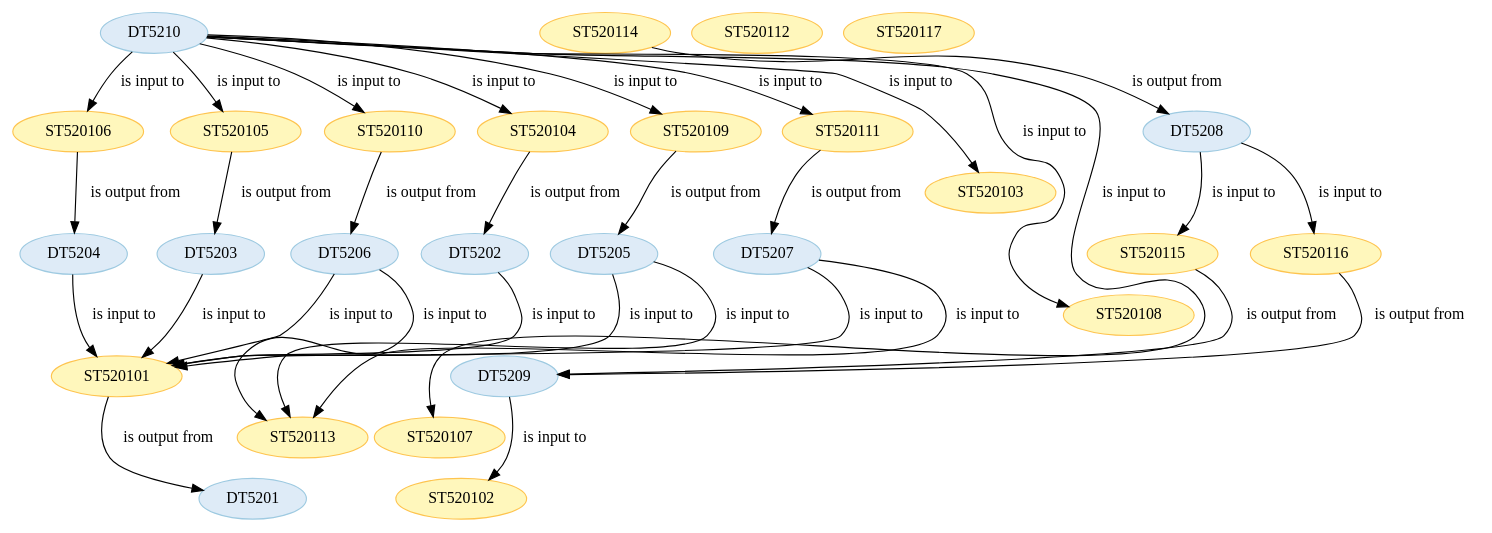
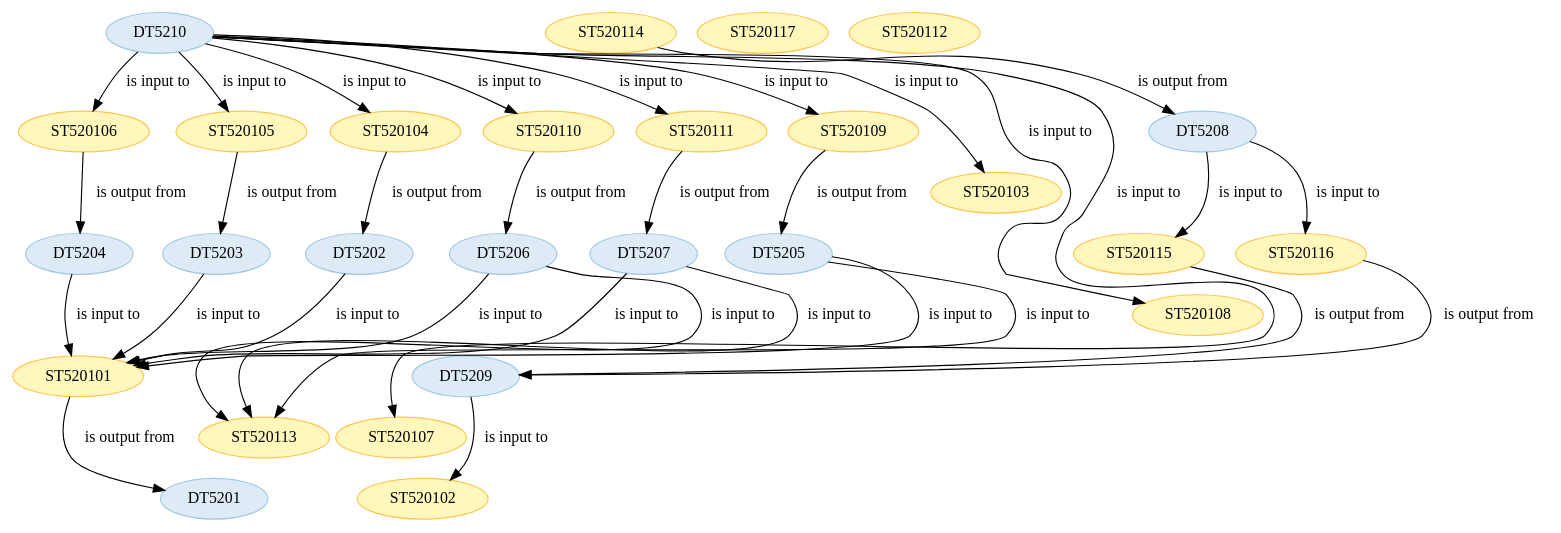
One commit to Marco-Salvi/cwl-test changed the diagram in wf5201/steps.dot. Above: the diagram before and after it, drawn with Graphviz. The commit also changed other lines of this file and 24 other files, not shown here.

```diff
--- a/wf5201/steps.dot
+++ b/wf5201/steps.dot
@@ -1,120 +1,120 @@
 strict digraph {
 
+
+	"DT5202" [ color="2", colorscheme="blues3", fillcolor="1", style="filled",  weight=0 ];
+
+	"DT5202" -> "ST520101" [ label="is input to", labeltooltip="DT5202 - is input to - ST520101",  weight=0 ];
+
+	"ST520110" [ color="2", colorscheme="ylorbr3", fillcolor="1", style="filled",  weight=0 ];
+
+	"ST520110" -> "DT5206" [ label="is output from", labeltooltip="DT5206 - is output from - ST520110",  weight=0 ];
+
+	"ST520103" [ color="2", colorscheme="ylorbr3", fillcolor="1", style="filled",  weight=0 ];
+
+	"ST520108" [ color="2", colorscheme="ylorbr3", fillcolor="1", style="filled",  weight=0 ];
+
+	"DT5201" [ color="2", colorscheme="blues3", fillcolor="1", style="filled",  weight=0 ];
+
+	"ST520114" [ color="2", colorscheme="ylorbr3", fillcolor="1", style="filled",  weight=0 ];
+
+	"ST520114" -> "DT5208" [ label="is output from", labeltooltip="DT5208 - is output from - ST520114",  weight=0 ];
+
+	"ST520102" [ color="2", colorscheme="ylorbr3", fillcolor="1", style="filled",  weight=0 ];
+
+	"ST520106" [ color="2", colorscheme="ylorbr3", fillcolor="1", style="filled",  weight=0 ];
+
+	"ST520106" -> "DT5204" [ label="is output from", labeltooltip="DT5204 - is output from - ST520106",  weight=0 ];
+
+	"DT5203" [ color="2", colorscheme="blues3", fillcolor="1", style="filled",  weight=0 ];
+
+	"DT5203" -> "ST520101" [ label="is input to", labeltooltip="DT5203 - is input to - ST520101",  weight=0 ];
+
+	"DT5207" [ color="2", colorscheme="blues3", fillcolor="1", style="filled",  weight=0 ];
+
+	"DT5207" -> "ST520101" [ label="is input to", labeltooltip="DT5207 - is input to - ST520101",  weight=0 ];
+
+	"DT5207" -> "ST520113" [ label="is input to", labeltooltip="DT5207 - is input to - ST520113",  weight=0 ];
+
+	"ST520104" [ color="2", colorscheme="ylorbr3", fillcolor="1", style="filled",  weight=0 ];
+
+	"ST520104" -> "DT5202" [ label="is output from", labeltooltip="DT5202 - is output from - ST520104",  weight=0 ];
+
+	"ST520115" [ color="2", colorscheme="ylorbr3", fillcolor="1", style="filled",  weight=0 ];
+
+	"ST520115" -> "DT5209" [ label="is output from", labeltooltip="DT5209 - is output from - ST520115",  weight=0 ];
+
+	"ST520101" [ color="2", colorscheme="ylorbr3", fillcolor="1", style="filled",  weight=0 ];
+
+	"ST520101" -> "DT5201" [ label="is output from", labeltooltip="DT5201 - is output from - ST520101",  weight=0 ];
+
+	"DT5209" [ color="2", colorscheme="blues3", fillcolor="1", style="filled",  weight=0 ];
+
+	"DT5209" -> "ST520102" [ label="is input to", labeltooltip="DT5209 - is input to - ST520102",  weight=0 ];
+
+	"DT5205" [ color="2", colorscheme="blues3", fillcolor="1", style="filled",  weight=0 ];
+
+	"DT5205" -> "ST520101" [ label="is input to", labeltooltip="DT5205 - is input to - ST520101",  weight=0 ];
+
+	"DT5205" -> "ST520113" [ label="is input to", labeltooltip="DT5205 - is input to - ST520113",  weight=0 ];
+
+	"ST520113" [ color="2", colorscheme="ylorbr3", fillcolor="1", style="filled",  weight=0 ];
+
+	"ST520117" [ color="2", colorscheme="ylorbr3", fillcolor="1", style="filled",  weight=0 ];
+
+	"DT5208" [ color="2", colorscheme="blues3", fillcolor="1", style="filled",  weight=0 ];
+
+	"DT5208" -> "ST520115" [ label="is input to", labeltooltip="DT5208 - is input to - ST520115",  weight=0 ];
+
+	"DT5208" -> "ST520116" [ label="is input to", labeltooltip="DT5208 - is input to - ST520116",  weight=0 ];
 
 	"ST520105" [ color="2", colorscheme="ylorbr3", fillcolor="1", style="filled",  weight=0 ];
 
 	"ST520105" -> "DT5203" [ label="is output from", labeltooltip="DT5203 - is output from - ST520105",  weight=0 ];
 
 	"DT5204" [ color="2", colorscheme="blues3", fillcolor="1", style="filled",  weight=0 ];
 
 	"DT5204" -> "ST520101" [ label="is input to", labeltooltip="DT5204 - is input to - ST520101",  weight=0 ];
 
-	"DT5201" [ color="2", colorscheme="blues3", fillcolor="1", style="filled",  weight=0 ];
-
-	"ST520115" [ color="2", colorscheme="ylorbr3", fillcolor="1", style="filled",  weight=0 ];
-
-	"ST520115" -> "DT5209" [ label="is output from", labeltooltip="DT5209 - is output from - ST520115",  weight=0 ];
-
-	"ST520101" [ color="2", colorscheme="ylorbr3", fillcolor="1", style="filled",  weight=0 ];
-
-	"ST520101" -> "DT5201" [ label="is output from", labeltooltip="DT5201 - is output from - ST520101",  weight=0 ];
-
-	"DT5207" [ color="2", colorscheme="blues3", fillcolor="1", style="filled",  weight=0 ];
-
-	"DT5207" -> "ST520101" [ label="is input to", labeltooltip="DT5207 - is input to - ST520101",  weight=0 ];
-
-	"DT5207" -> "ST520113" [ label="is input to", labeltooltip="DT5207 - is input to - ST520113",  weight=0 ];
-
-	"ST520102" [ color="2", colorscheme="ylorbr3", fillcolor="1", style="filled",  weight=0 ];
-
-	"ST520104" [ color="2", colorscheme="ylorbr3", fillcolor="1", style="filled",  weight=0 ];
-
-	"ST520104" -> "DT5202" [ label="is output from", labeltooltip="DT5202 - is output from - ST520104",  weight=0 ];
-
-	"ST520103" [ color="2", colorscheme="ylorbr3", fillcolor="1", style="filled",  weight=0 ];
+	"ST520107" [ color="2", colorscheme="ylorbr3", fillcolor="1", style="filled",  weight=0 ];
 
 	"ST520111" [ color="2", colorscheme="ylorbr3", fillcolor="1", style="filled",  weight=0 ];
 
 	"ST520111" -> "DT5207" [ label="is output from", labeltooltip="DT5207 - is output from - ST520111",  weight=0 ];
 
-	"ST520113" [ color="2", colorscheme="ylorbr3", fillcolor="1", style="filled",  weight=0 ];
+	"ST520116" [ color="2", colorscheme="ylorbr3", fillcolor="1", style="filled",  weight=0 ];
 
-	"DT5203" [ color="2", colorscheme="blues3", fillcolor="1", style="filled",  weight=0 ];
-
-	"DT5203" -> "ST520101" [ label="is input to", labeltooltip="DT5203 - is input to - ST520101",  weight=0 ];
-
-	"ST520114" [ color="2", colorscheme="ylorbr3", fillcolor="1", style="filled",  weight=0 ];
-
-	"ST520114" -> "DT5208" [ label="is output from", labeltooltip="DT5208 - is output from - ST520114",  weight=0 ];
+	"ST520116" -> "DT5209" [ label="is output from", labeltooltip="DT5209 - is output from - ST520116",  weight=0 ];
 
 	"DT5206" [ color="2", colorscheme="blues3", fillcolor="1", style="filled",  weight=0 ];
 
 	"DT5206" -> "ST520101" [ label="is input to", labeltooltip="DT5206 - is input to - ST520101",  weight=0 ];
 
 	"DT5206" -> "ST520113" [ label="is input to", labeltooltip="DT5206 - is input to - ST520113",  weight=0 ];
 
-	"ST520112" [ color="2", colorscheme="ylorbr3", fillcolor="1", style="filled",  weight=0 ];
-
-	"DT5202" [ color="2", colorscheme="blues3", fillcolor="1", style="filled",  weight=0 ];
-
-	"DT5202" -> "ST520101" [ label="is input to", labeltooltip="DT5202 - is input to - ST520101",  weight=0 ];
-
 	"DT5210" [ color="2", colorscheme="blues3", fillcolor="1", style="filled",  weight=0 ];
 
-	"DT5210" -> "ST520105" [ label="is input to", labeltooltip="DT5210 - is input to - ST520105",  weight=0 ];
-
-	"DT5210" -> "ST520106" [ label="is input to", labeltooltip="DT5210 - is input to - ST520106",  weight=0 ];
-
 	"DT5210" -> "ST520108" [ label="is input to", labeltooltip="DT5210 - is input to - ST520108",  weight=0 ];
-
-	"DT5210" -> "ST520103" [ label="is input to", labeltooltip="DT5210 - is input to - ST520103",  weight=0 ];
-
-	"DT5210" -> "ST520109" [ label="is input to", labeltooltip="DT5210 - is input to - ST520109",  weight=0 ];
-
-	"DT5210" -> "ST520111" [ label="is input to", labeltooltip="DT5210 - is input to - ST520111",  weight=0 ];
-
-	"DT5210" -> "ST520107" [ label="is input to", labeltooltip="DT5210 - is input to - ST520107",  weight=0 ];
 
 	"DT5210" -> "ST520110" [ label="is input to", labeltooltip="DT5210 - is input to - ST520110",  weight=0 ];
 
 	"DT5210" -> "ST520104" [ label="is input to", labeltooltip="DT5210 - is input to - ST520104",  weight=0 ];
 
-	"ST520108" [ color="2", colorscheme="ylorbr3", fillcolor="1", style="filled",  weight=0 ];
+	"DT5210" -> "ST520106" [ label="is input to", labeltooltip="DT5210 - is input to - ST520106",  weight=0 ];
 
-	"ST520117" [ color="2", colorscheme="ylorbr3", fillcolor="1", style="filled",  weight=0 ];
+	"DT5210" -> "ST520109" [ label="is input to", labeltooltip="DT5210 - is input to - ST520109",  weight=0 ];
 
-	"DT5205" [ color="2", colorscheme="blues3", fillcolor="1", style="filled",  weight=0 ];
+	"DT5210" -> "ST520103" [ label="is input to", labeltooltip="DT5210 - is input to - ST520103",  weight=0 ];
 
-	"DT5205" -> "ST520101" [ label="is input to", labeltooltip="DT5205 - is input to - ST520101",  weight=0 ];
+	"DT5210" -> "ST520105" [ label="is input to", labeltooltip="DT5210 - is input to - ST520105",  weight=0 ];
 
-	"DT5205" -> "ST520113" [ label="is input to", labeltooltip="DT5205 - is input to - ST520113",  weight=0 ];
+	"DT5210" -> "ST520107" [ label="is input to", labeltooltip="DT5210 - is input to - ST520107",  weight=0 ];
 
-	"DT5209" [ color="2", colorscheme="blues3", fillcolor="1", style="filled",  weight=0 ];
-
-	"DT5209" -> "ST520102" [ label="is input to", labeltooltip="DT5209 - is input to - ST520102",  weight=0 ];
-
-	"ST520116" [ color="2", colorscheme="ylorbr3", fillcolor="1", style="filled",  weight=0 ];
-
-	"ST520116" -> "DT5209" [ label="is output from", labeltooltip="DT5209 - is output from - ST520116",  weight=0 ];
-
-	"ST520110" [ color="2", colorscheme="ylorbr3", fillcolor="1", style="filled",  weight=0 ];
-
-	"ST520110" -> "DT5206" [ label="is output from", labeltooltip="DT5206 - is output from - ST520110",  weight=0 ];
-
-	"ST520107" [ color="2", colorscheme="ylorbr3", fillcolor="1", style="filled",  weight=0 ];
-
-	"DT5208" [ color="2", colorscheme="blues3", fillcolor="1", style="filled",  weight=0 ];
-
-	"DT5208" -> "ST520115" [ label="is input to", labeltooltip="DT5208 - is input to - ST520115",  weight=0 ];
-
-	"DT5208" -> "ST520116" [ label="is input to", labeltooltip="DT5208 - is input to - ST520116",  weight=0 ];
+	"DT5210" -> "ST520111" [ label="is input to", labeltooltip="DT5210 - is input to - ST520111",  weight=0 ];
 
 	"ST520109" [ color="2", colorscheme="ylorbr3", fillcolor="1", style="filled",  weight=0 ];
 
 	"ST520109" -> "DT5205" [ label="is output from", labeltooltip="DT5205 - is output from - ST520109",  weight=0 ];
 
-	"ST520106" [ color="2", colorscheme="ylorbr3", fillcolor="1", style="filled",  weight=0 ];
-
-	"ST520106" -> "DT5204" [ label="is output from", labeltooltip="DT5204 - is output from - ST520106",  weight=0 ];
+	"ST520112" [ color="2", colorscheme="ylorbr3", fillcolor="1", style="filled",  weight=0 ];
 
 }
```
